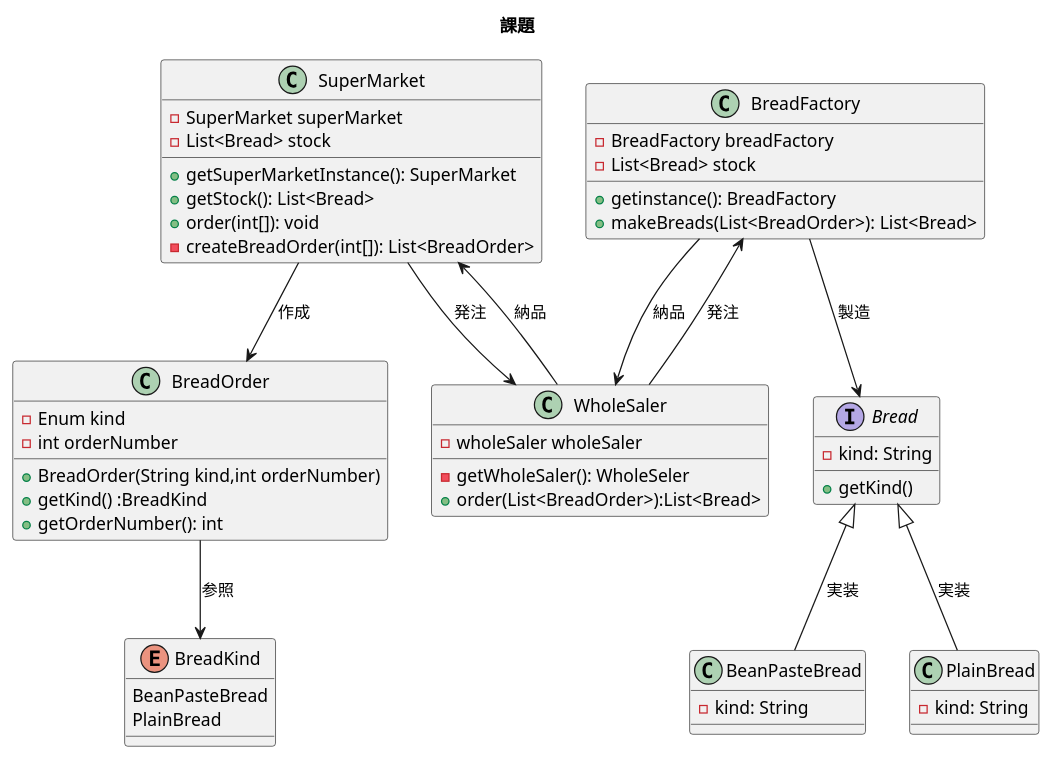
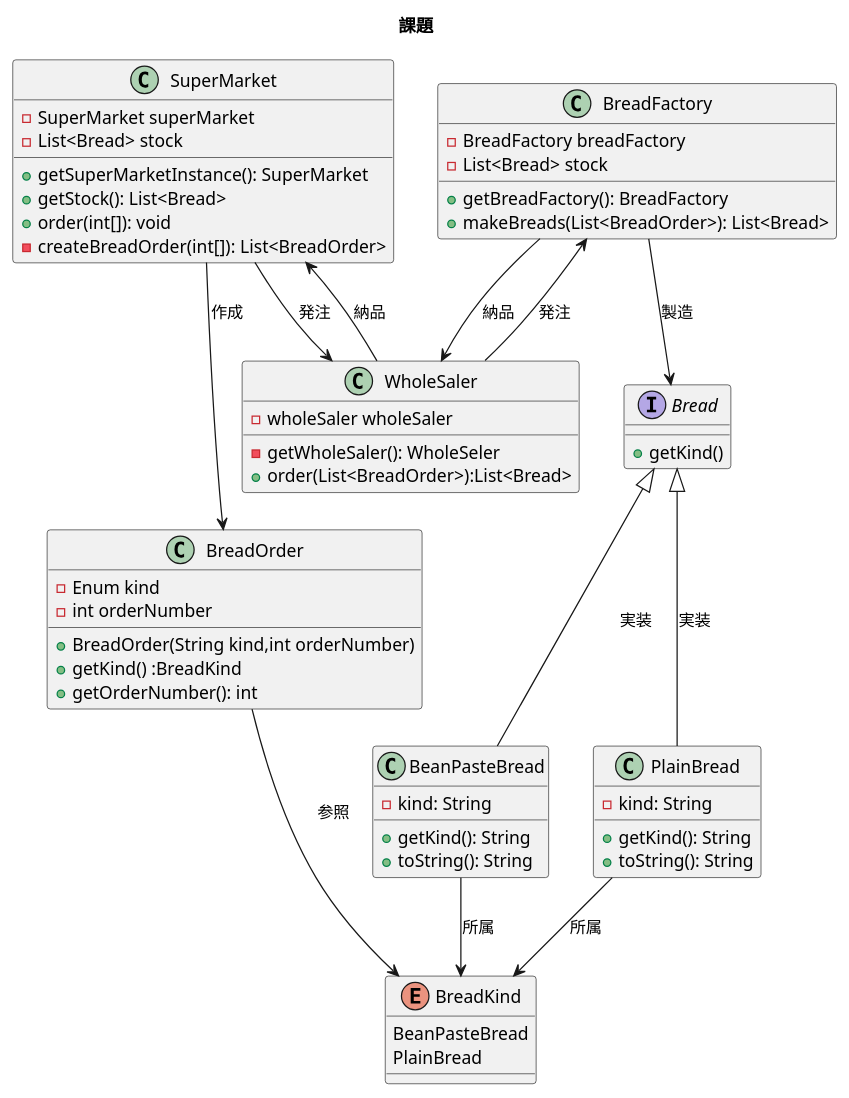
The diagram in 02_技術/デザインパターン/課題/クラス図.pu (Nekonisi/Study), drawn with PlantUML before and after one commit. The commit also changed 10 other files, not shown here.

```diff
--- a/02_技術/デザインパターン/課題/クラス図.pu
+++ b/02_技術/デザインパターン/課題/クラス図.pu
@@ -4,66 +4,71 @@
 @startuml
 
 title 課題
 
 class SuperMarket {
 	-SuperMarket superMarket
 	-List<Bread> stock
 	+getSuperMarketInstance(): SuperMarket
 	+getStock(): List<Bread>
 	+order(int[]): void
 	-createBreadOrder(int[]): List<BreadOrder>
 }
 
 Class BreadOrder {
 	-Enum kind
 	-int orderNumber
 	+BreadOrder(String kind,int orderNumber)
 	+getKind() :BreadKind
 	+getOrderNumber(): int
 }
 
 Enum BreadKind {
 	BeanPasteBread
 	PlainBread
 }
 
 class WholeSaler{
 	-wholeSaler wholeSaler
 	-getWholeSaler(): WholeSeler
 	+order(List<BreadOrder>):List<Bread>
 }
 
 class BreadFactory {
 	-BreadFactory breadFactory
 	-List<Bread> stock
-	+getinstance(): BreadFactory
+	+getBreadFactory(): BreadFactory
 	+makeBreads(List<BreadOrder>): List<Bread>
 }
 
 interface Bread {
- -kind: String
  +getKind()
 }
 
 class BeanPasteBread {
 	-kind: String
+	+getKind(): String
+	+toString(): String
 }
 
 class PlainBread{
 	-kind: String
+	+getKind(): String
+	+toString(): String
 }
 
 SuperMarket --> WholeSaler: 発注
 SuperMarket <-- WholeSaler: 納品
 SuperMarket --> BreadOrder : 作成
 BreadOrder --> BreadKind: 参照
 
 Bread <|-- BeanPasteBread: 実装
 Bread <|-- PlainBread: 実装
 
 BreadFactory --> Bread: 製造
 
 BreadFactory --> WholeSaler: 納品
 BreadFactory <-- WholeSaler: 発注
 
+BeanPasteBread --> BreadKind: 所属
+PlainBread --> BreadKind: 所属
 @enduml
```
